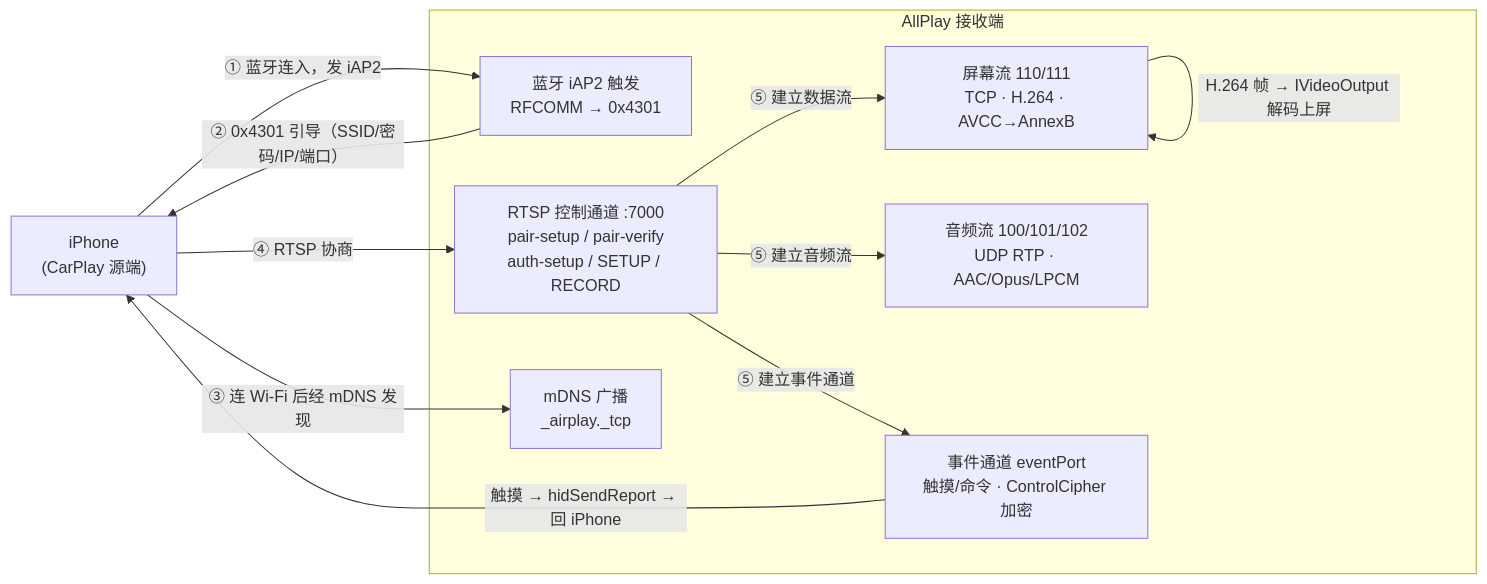
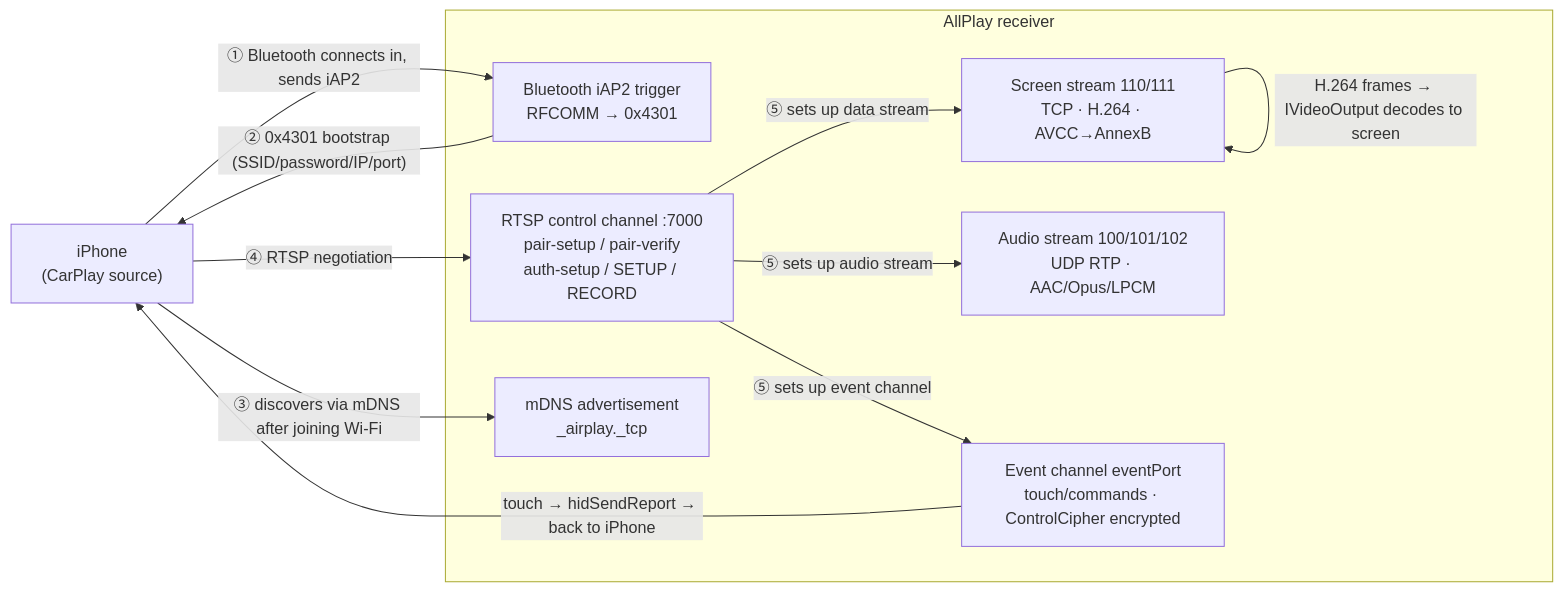
One commit to UnmetDecade/AllPlay changed the second of 2 diagrams in docs/architecture.md. Above: the diagram before and after it, drawn with Mermaid. The commit also changed other lines of this file and 175 other files, not shown here.

````diff
--- a/docs/architecture.md
+++ b/docs/architecture.md
@@ -66,23 +73,23 @@
 ```mermaid
 flowchart LR
-    IPHONE["iPhone<br/>(CarPlay 源端)"]
+    IPHONE["iPhone<br/>(CarPlay source)"]
 
-    subgraph RECEIVER["AllPlay 接收端"]
-        BT_TRIG["蓝牙 iAP2 触发<br/>RFCOMM → 0x4301"]
-        RTSP["RTSP 控制通道 :7000<br/>pair-setup / pair-verify<br/>auth-setup / SETUP / RECORD"]
-        SCREEN["屏幕流 110/111<br/>TCP · H.264 · AVCC→AnnexB"]
-        AUDIO["音频流 100/101/102<br/>UDP RTP · AAC/Opus/LPCM"]
-        EVENT["事件通道 eventPort<br/>触摸/命令 · ControlCipher 加密"]
-        MDNS_B["mDNS 广播<br/>_airplay._tcp"]
+    subgraph RECEIVER["AllPlay receiver"]
+        BT_TRIG["Bluetooth iAP2 trigger<br/>RFCOMM → 0x4301"]
+        RTSP["RTSP control channel :7000<br/>pair-setup / pair-verify<br/>auth-setup / SETUP / RECORD"]
+        SCREEN["Screen stream 110/111<br/>TCP · H.264 · AVCC→AnnexB"]
+        AUDIO["Audio stream 100/101/102<br/>UDP RTP · AAC/Opus/LPCM"]
+        EVENT["Event channel eventPort<br/>touch/commands · ControlCipher encrypted"]
+        MDNS_B["mDNS advertisement<br/>_airplay._tcp"]
     end
 
-    IPHONE -->|"① 蓝牙连入，发 iAP2"| BT_TRIG
-    BT_TRIG -->|"② 0x4301 引导（SSID/密码/IP/端口）"| IPHONE
-    IPHONE -->|"③ 连 Wi-Fi 后经 mDNS 发现"| MDNS_B
-    IPHONE -->|"④ RTSP 协商"| RTSP
-    RTSP -->|"⑤ 建立数据流"| SCREEN
-    RTSP -->|"⑤ 建立音频流"| AUDIO
-    RTSP -->|"⑤ 建立事件通道"| EVENT
-    SCREEN -->|"H.264 帧 → IVideoOutput 解码上屏"| SCREEN
-    EVENT -->|"触摸 → hidSendReport → 回 iPhone"| IPHONE
+    IPHONE -->|"① Bluetooth connects in, sends iAP2"| BT_TRIG
+    BT_TRIG -->|"② 0x4301 bootstrap (SSID/password/IP/port)"| IPHONE
+    IPHONE -->|"③ discovers via mDNS after joining Wi-Fi"| MDNS_B
+    IPHONE -->|"④ RTSP negotiation"| RTSP
+    RTSP -->|"⑤ sets up data stream"| SCREEN
+    RTSP -->|"⑤ sets up audio stream"| AUDIO
+    RTSP -->|"⑤ sets up event channel"| EVENT
+    SCREEN -->|"H.264 frames → IVideoOutput decodes to screen"| SCREEN
+    EVENT -->|"touch → hidSendReport → back to iPhone"| IPHONE
 ```
````
